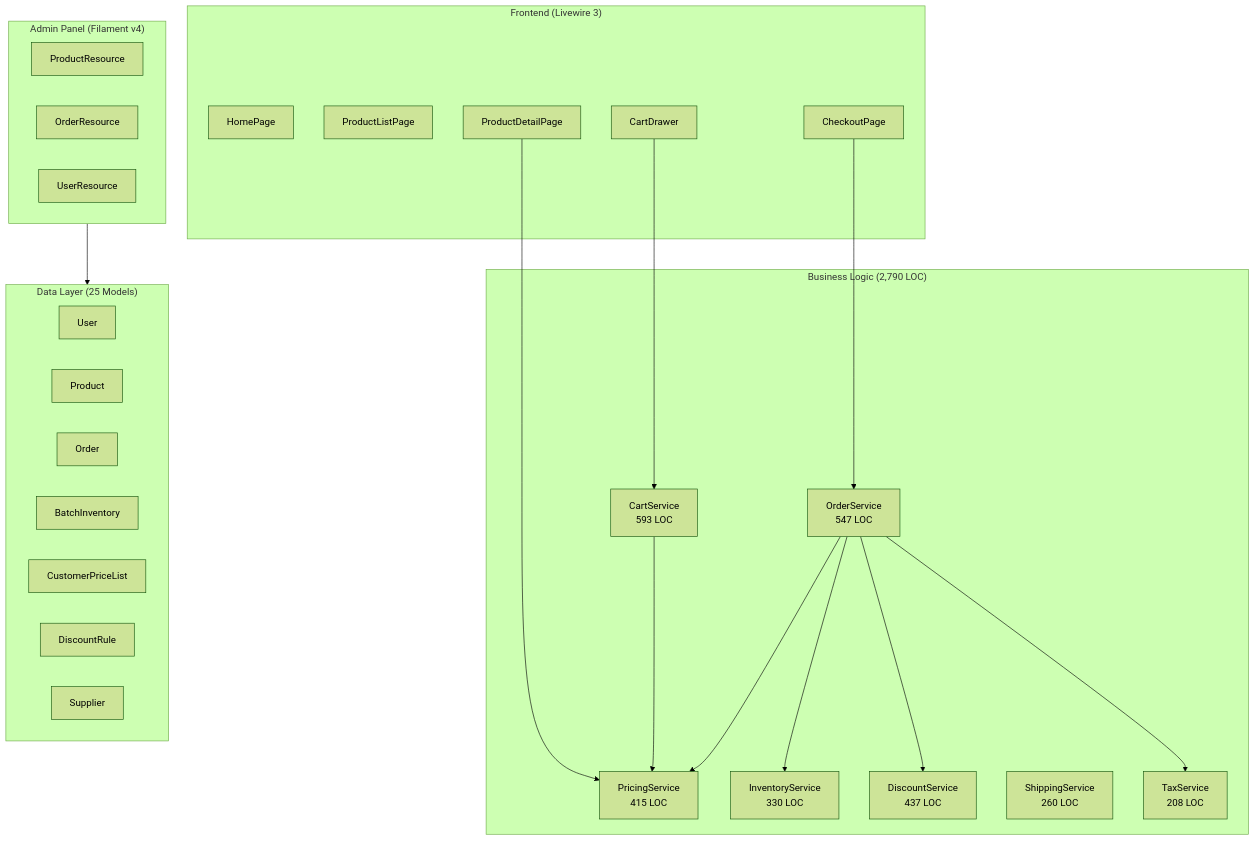
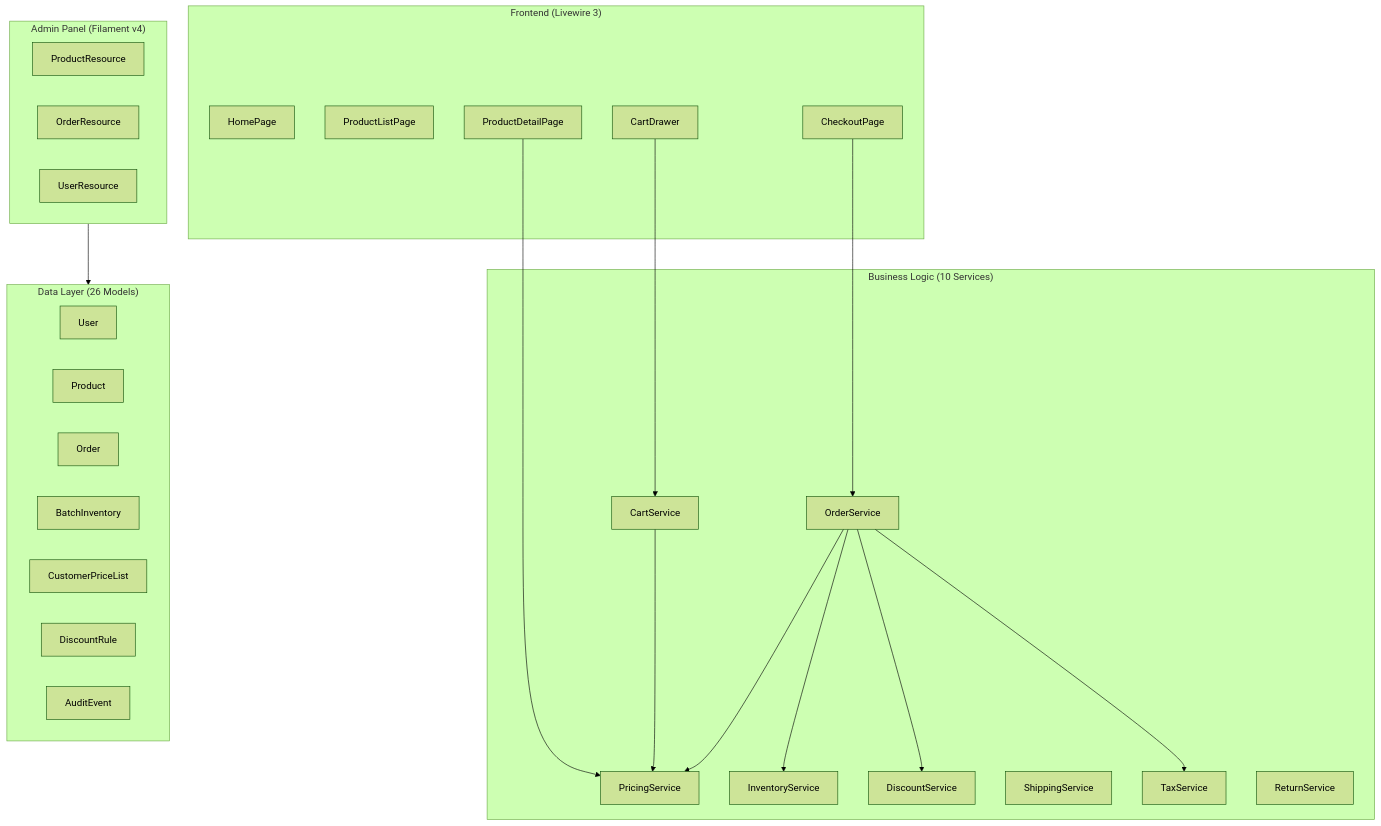
Before and after one commit to Farid-Ze/alfa-beauty: the first of 6 diagrams in docs/app_analysis.md, drawn with Mermaid (forest theme). The commit also changed other lines of this file, not shown here.

Commit message:
docs: comprehensive app_analysis.md update - remove outdated LOC, add AuditEvent model, update all sections for Jan 4

````diff
--- a/docs/app_analysis.md
+++ b/docs/app_analysis.md
@@ -118,48 +119,49 @@
 ```mermaid
 flowchart TB
     subgraph Frontend["Frontend (Livewire 3)"]
         HP[HomePage]
         PLP[ProductListPage]
         PDP[ProductDetailPage]
         CP[CheckoutPage]
         CD[CartDrawer]
     end
 
-    subgraph Services["Business Logic (2,790 LOC)"]
-        CS[CartService<br/>593 LOC]
-        OS[OrderService<br/>547 LOC]
-        PS[PricingService<br/>415 LOC]
-        IS[InventoryService<br/>330 LOC]
-        DS[DiscountService<br/>437 LOC]
-        SS[ShippingService<br/>260 LOC]
-        TS[TaxService<br/>208 LOC]
+    subgraph Services["Business Logic (10 Services)"]
+        CS[CartService]
+        OS[OrderService]
+        PS[PricingService]
+        IS[InventoryService]
+        DS[DiscountService]
+        SS[ShippingService]
+        TS[TaxService]
+        RS[ReturnService]
     end
 
-    subgraph Models["Data Layer (25 Models)"]
+    subgraph Models["Data Layer (26 Models)"]
         User
         Product
         Order
         BatchInventory
         CustomerPriceList
         DiscountRule
-        Supplier
+        AuditEvent
     end
 
     subgraph Admin["Admin Panel (Filament v4)"]
         ProductRes[ProductResource]
         OrderRes[OrderResource]
         UserRes[UserResource]
     end
 
     CD --> CS
     CP --> OS
     PDP --> PS
     
     CS --> PS
     OS --> IS
     OS --> PS
     OS --> DS
     OS --> TS
     
     Admin --> Models
 ```
````
